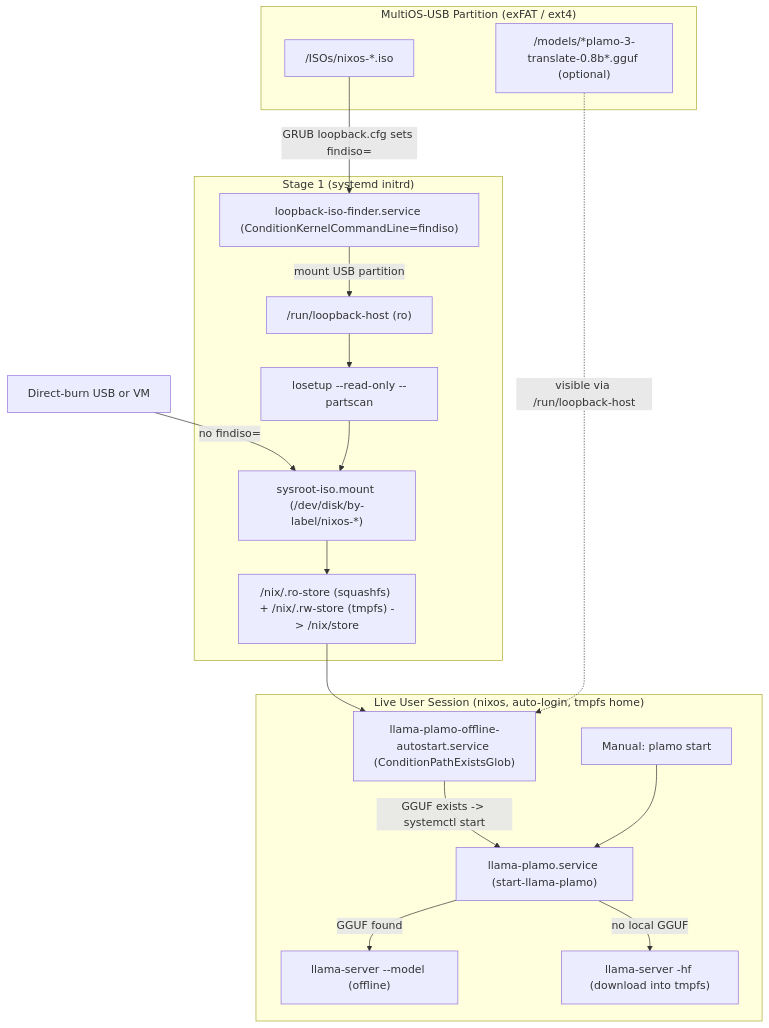
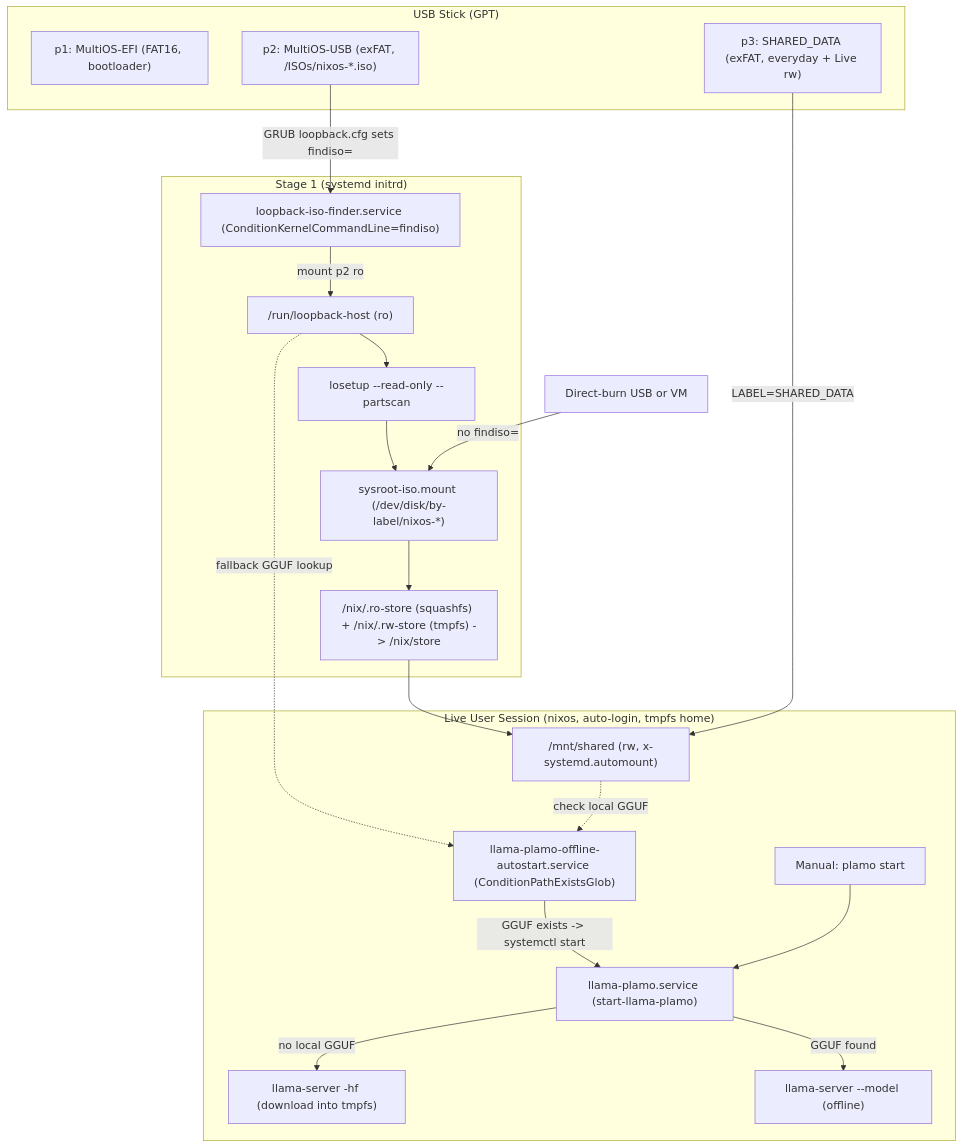
Before and after one commit to kachick/dotfiles: the diagram in nixos/hosts/installer/README.md, drawn with Mermaid. The commit also changed other lines of this file and 2 other files, not shown here.

First line of the commit message:
Auto-mount SHARED_DATA partition rw on Live ISO

````diff
--- a/nixos/hosts/installer/README.md
+++ b/nixos/hosts/installer/README.md
@@ -27,39 +31,43 @@
 ```mermaid
 flowchart TD
-    subgraph USB ["MultiOS-USB Partition (exFAT / ext4)"]
-        iso_file["/ISOs/nixos-*.iso"]
-        gguf_file["/models/*plamo-3-translate-0.8b*.gguf (optional)"]
+    subgraph USB ["USB Stick (GPT)"]
+        efi_part["p1: MultiOS-EFI (FAT16, bootloader)"]
+        iso_part["p2: MultiOS-USB (exFAT, /ISOs/nixos-*.iso)"]
+        shared_part["p3: SHARED_DATA (exFAT, everyday + Live rw)"]
     end
 
     direct["Direct-burn USB or VM"] -->|"no findiso="| stage1_iso
 
-    iso_file -->|"GRUB loopback.cfg sets findiso="| finder
+    iso_part -->|"GRUB loopback.cfg sets findiso="| finder
 
     subgraph Initrd ["Stage 1 (systemd initrd)"]
         finder["loopback-iso-finder.service (ConditionKernelCommandLine=findiso)"]
         host_mnt["/run/loopback-host (ro)"]
         loop_dev["losetup --read-only --partscan"]
         stage1_iso["sysroot-iso.mount (/dev/disk/by-label/nixos-*)"]
         overlay["/nix/.ro-store (squashfs) + /nix/.rw-store (tmpfs) -> /nix/store"]
     end
 
-    finder -->|"mount USB partition"| host_mnt
+    finder -->|"mount p2 ro"| host_mnt
     host_mnt --> loop_dev
     loop_dev --> stage1_iso
     stage1_iso --> overlay
 
     subgraph Session ["Live User Session (nixos, auto-login, tmpfs home)"]
+        shared_mnt["/mnt/shared (rw, x-systemd.automount)"]
         autostart["llama-plamo-offline-autostart.service (ConditionPathExistsGlob)"]
         plamo_svc["llama-plamo.service (start-llama-plamo)"]
         offline_srv["llama-server --model (offline)"]
         online_srv["llama-server -hf (download into tmpfs)"]
         manual["Manual: plamo start"]
     end
 
-    overlay --> autostart
-    gguf_file -.->|"visible via /run/loopback-host"| autostart
+    overlay --> shared_mnt
+    shared_part -->|"LABEL=SHARED_DATA"| shared_mnt
+    shared_mnt -.->|"check local GGUF"| autostart
+    host_mnt -.->|"fallback GGUF lookup"| autostart
     autostart -->|"GGUF exists -> systemctl start"| plamo_svc
     manual --> plamo_svc
     plamo_svc -->|"GGUF found"| offline_srv
     plamo_svc -->|"no local GGUF"| online_srv
 ```
````
